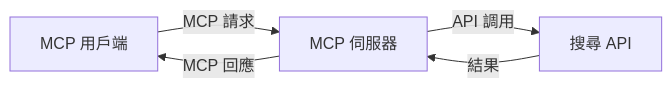
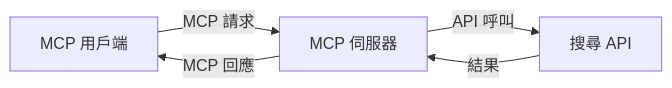
The second of 4 diagrams in translations/zh-HK/05-AdvancedTopics/mcp-realtimesearch/README.md (microsoft/mcp-for-beginners), drawn with Mermaid before and after one commit. The commit also changed other lines of this file and 103 other files, not shown here.

````diff
--- a/translations/zh-HK/05-AdvancedTopics/mcp-realtimesearch/README.md
+++ b/translations/zh-HK/05-AdvancedTopics/mcp-realtimesearch/README.md
@@ -598,7 +600,7 @@
 ```mermaid
 graph LR
     Client[MCP 用戶端] --> |MCP 請求| Server[MCP 伺服器]
-    Server --> |API 調用| SearchAPI[搜尋 API]
+    Server --> |API 呼叫| SearchAPI[搜尋 API]
     SearchAPI --> |結果| Server
     Server --> |MCP 回應| Client
 ```
````
